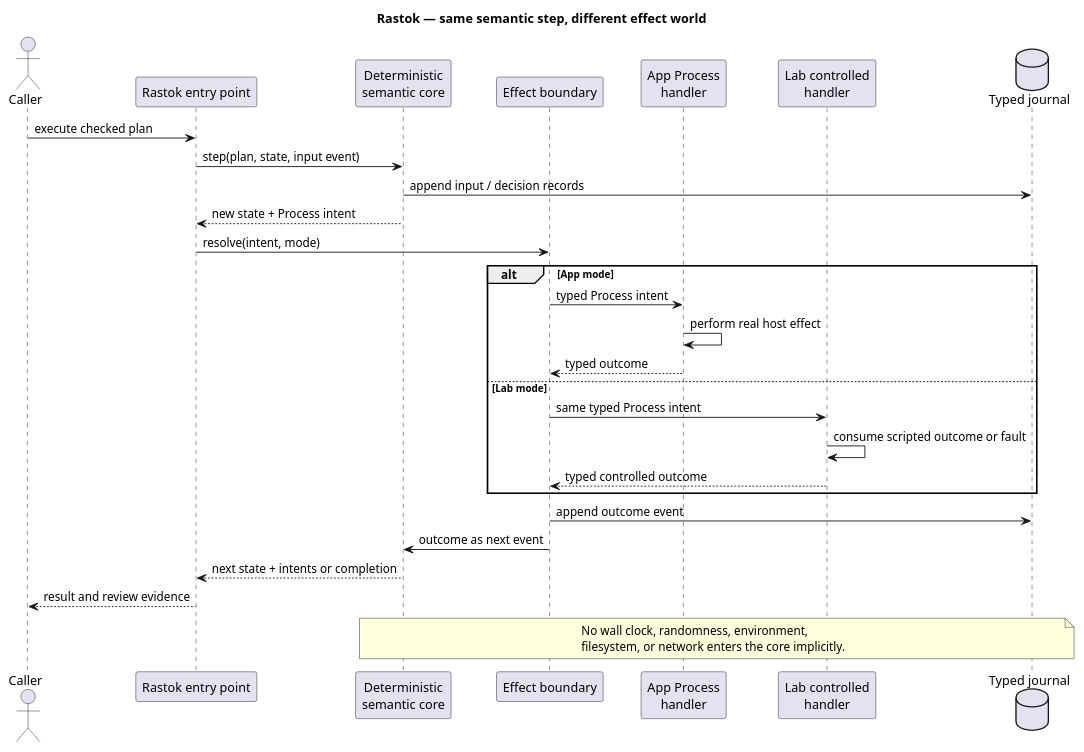
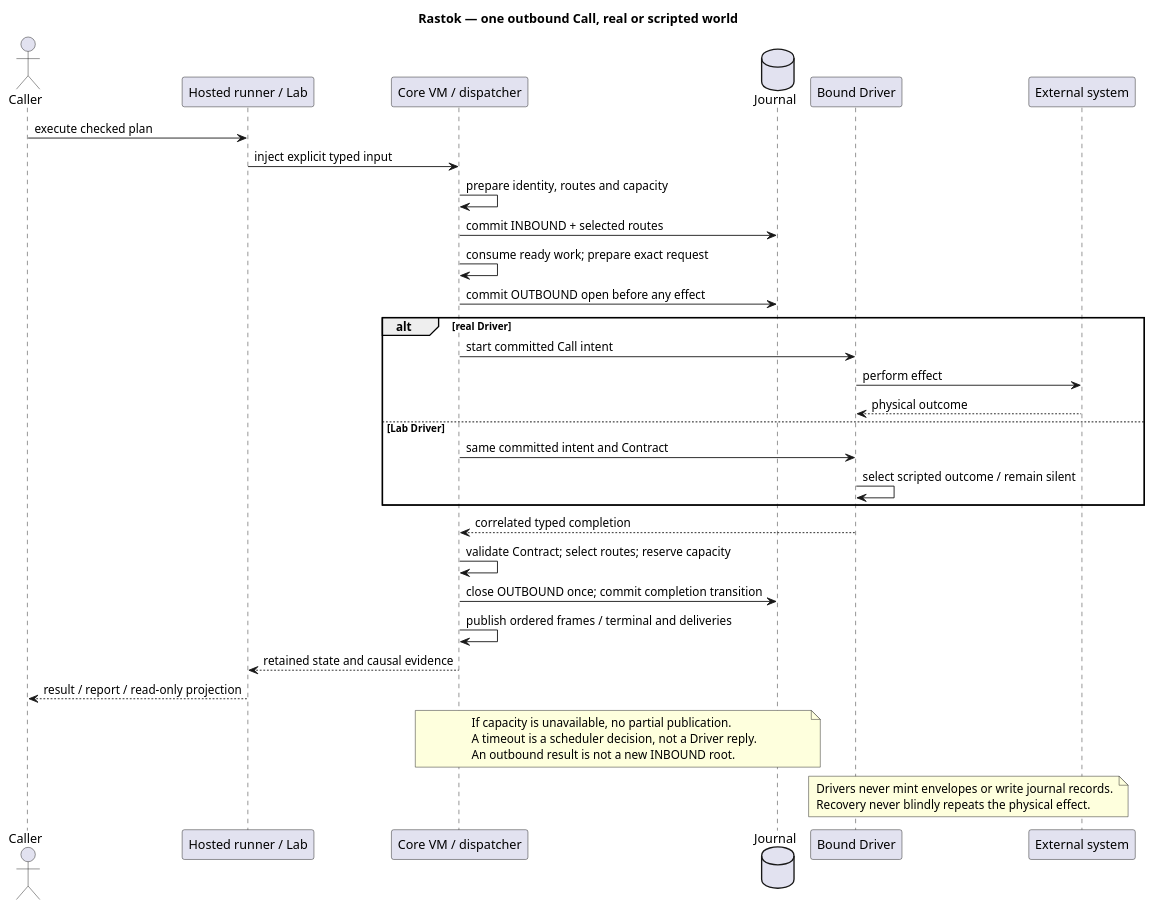
The diagram in docs/architecture/04-app-lab-effect-cycle.puml (rastok-io/rastok), drawn with PlantUML before and after one commit. The commit also changed 51 other files, not shown here.

```diff
--- a/docs/architecture/04-app-lab-effect-cycle.puml
+++ b/docs/architecture/04-app-lab-effect-cycle.puml
@@ -1,37 +1,45 @@
 @startuml 04-app-lab-effect-cycle
-title Rastok — same semantic step, different effect world
+skinparam backgroundColor white
+title Rastok — one outbound Call, real or scripted world
+skinparam shadowing false
 
 actor Caller
-participant "Rastok entry point" as Entry
-participant "Deterministic\nsemantic core" as Core
-participant "Effect boundary" as Boundary
-participant "App Process\nhandler" as App
-participant "Lab controlled\nhandler" as Lab
-database "Typed journal" as Journal
+participant "Hosted runner / Lab" as Entry
+participant "Core VM / dispatcher" as Core
+database "Journal" as Journal
+participant "Bound Driver" as Driver
+participant "External system" as World
 
 Caller -> Entry: execute checked plan
-Entry -> Core: step(plan, state, input event)
-Core -> Journal: append input / decision records
-Core --> Entry: new state + Process intent
-Entry -> Boundary: resolve(intent, mode)
+Entry -> Core: inject explicit typed input
+Core -> Core: prepare identity, routes and capacity
+Core -> Journal: commit INBOUND + selected routes
+Core -> Core: consume ready work; prepare exact request
+Core -> Journal: commit OUTBOUND open before any effect
 
-alt App mode
-  Boundary -> App: typed Process intent
-  App -> App: perform real host effect
-  App --> Boundary: typed outcome
-else Lab mode
-  Boundary -> Lab: same typed Process intent
-  Lab -> Lab: consume scripted outcome or fault
-  Lab --> Boundary: typed controlled outcome
+alt real Driver
+  Core -> Driver: start committed Call intent
+  Driver -> World: perform effect
+  World --> Driver: physical outcome
+else Lab Driver
+  Core -> Driver: same committed intent and Contract
+  Driver -> Driver: select scripted outcome / remain silent
 end
 
-Boundary -> Journal: append outcome event
-Boundary -> Core: outcome as next event
-Core --> Entry: next state + intents or completion
-Entry --> Caller: result and review evidence
+Driver --> Core: correlated typed completion
+Core -> Core: validate Contract; select routes; reserve capacity
+Core -> Journal: close OUTBOUND once; commit completion transition
+Core -> Core: publish ordered frames / terminal and deliveries
+Core --> Entry: retained state and causal evidence
+Entry --> Caller: result / report / read-only projection
 
 note over Core,Journal
-No wall clock, randomness, environment,
-filesystem, or network enters the core implicitly.
+If capacity is unavailable, no partial publication.
+A timeout is a scheduler decision, not a Driver reply.
+An outbound result is not a new INBOUND root.
+end note
+note over Driver,World
+Drivers never mint envelopes or write journal records.
+Recovery never blindly repeats the physical effect.
 end note
 @enduml
```
